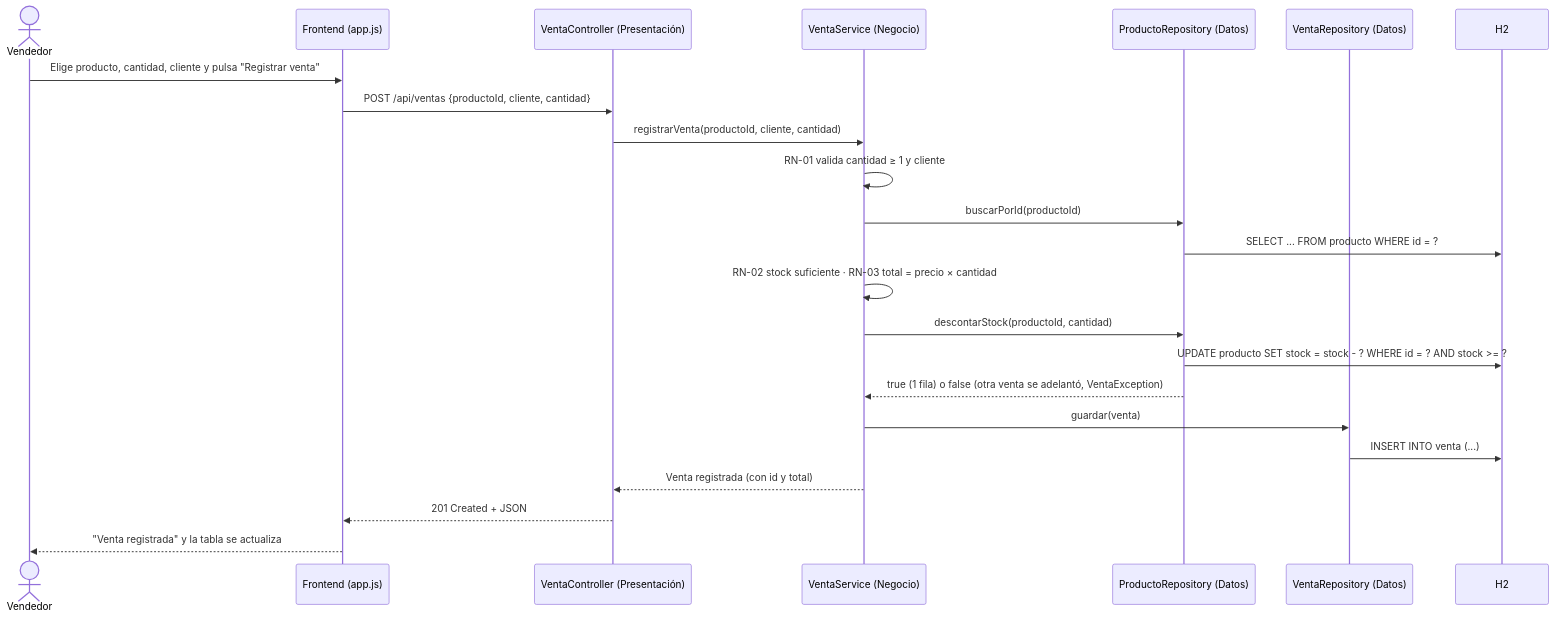
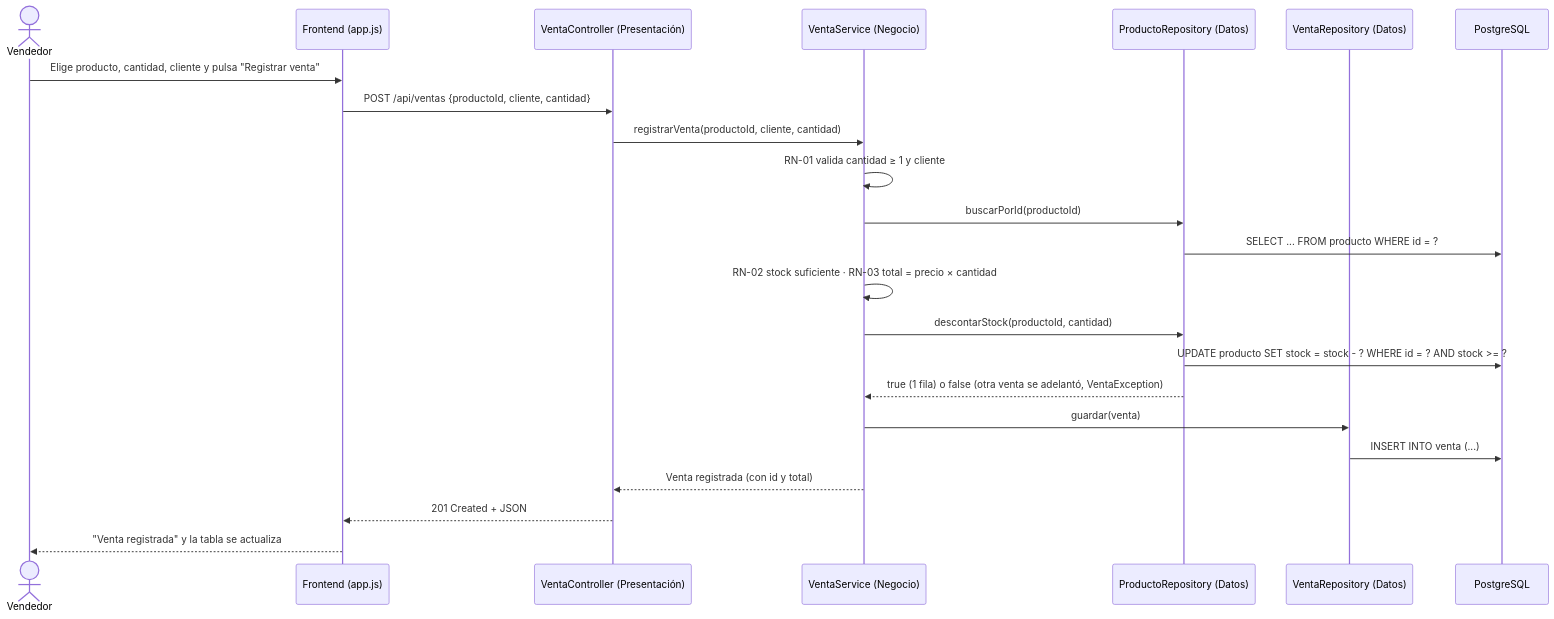
Before and after one commit to eduardo18sr/actividad-4puntos-arquitectura-capas: the second of 2 diagrams in specs/arquitectura/arquitectura.md, drawn with Mermaid. The commit also changed other lines of this file and 17 other files, not shown here.

First line of the commit message:
Base de datos en PostgreSQL con Docker (T10)

````diff
--- a/specs/arquitectura/arquitectura.md
+++ b/specs/arquitectura/arquitectura.md
@@ -49,26 +49,26 @@
 ```mermaid
 sequenceDiagram
     actor U as Vendedor
     participant F as Frontend (app.js)
     participant C as VentaController (Presentación)
     participant S as VentaService (Negocio)
     participant PR as ProductoRepository (Datos)
     participant VR as VentaRepository (Datos)
-    participant DB as H2
+    participant DB as PostgreSQL
 
     U->>F: Elige producto, cantidad, cliente y pulsa "Registrar venta"
     F->>C: POST /api/ventas {productoId, cliente, cantidad}
     C->>S: registrarVenta(productoId, cliente, cantidad)
     S->>S: RN-01 valida cantidad ≥ 1 y cliente
     S->>PR: buscarPorId(productoId)
     PR->>DB: SELECT ... FROM producto WHERE id = ?
     S->>S: RN-02 stock suficiente · RN-03 total = precio × cantidad
     S->>PR: descontarStock(productoId, cantidad)
     PR->>DB: UPDATE producto SET stock = stock - ? WHERE id = ? AND stock >= ?
     PR-->>S: true (1 fila) o false (otra venta se adelantó, VentaException)
     S->>VR: guardar(venta)
     VR->>DB: INSERT INTO venta (...)
     S-->>C: Venta registrada (con id y total)
     C-->>F: 201 Created + JSON
     F-->>U: "Venta registrada" y la tabla se actualiza
 ```
````
